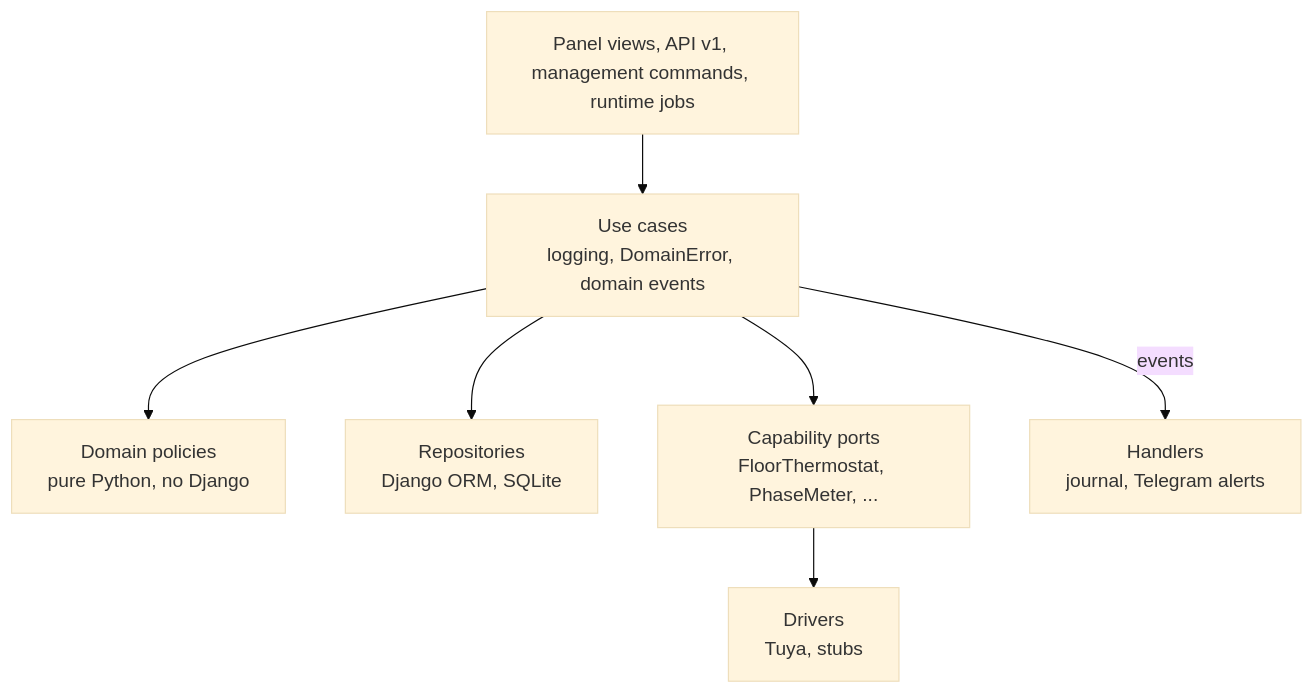
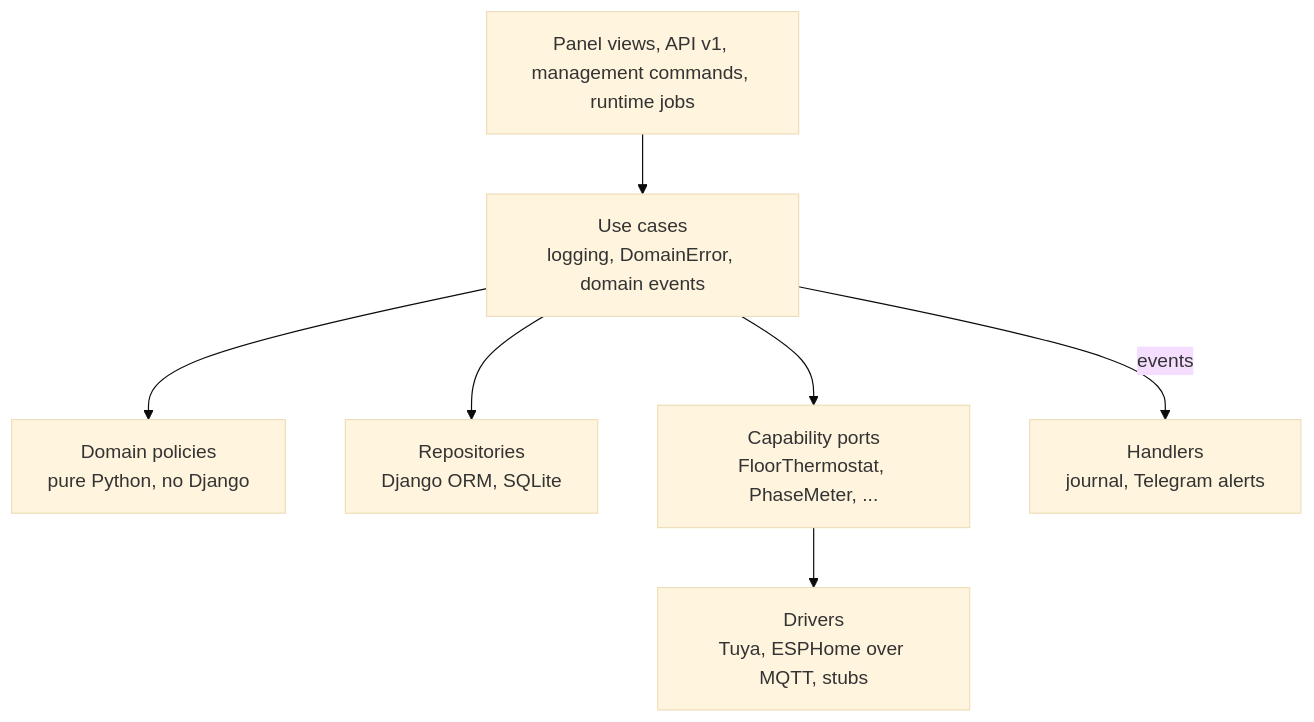
Before and after one commit to Barsoomx/teplo: the fourth of 4 diagrams in README.md, drawn with Mermaid (base theme). The commit also changed other lines of this file and 1 other file, not shown here.

````diff
--- a/README.md
+++ b/README.md
@@ -114,9 +119,9 @@
 ```mermaid
 flowchart TB
     entry["Panel views, API v1, management commands, runtime jobs"] --> usecases["Use cases<br/>logging, DomainError, domain events"]
     usecases --> domain["Domain policies<br/>pure Python, no Django"]
     usecases --> repositories["Repositories<br/>Django ORM, SQLite"]
     usecases --> ports["Capability ports<br/>FloorThermostat, PhaseMeter, ..."]
-    ports --> drivers["Drivers<br/>Tuya, stubs"]
+    ports --> drivers["Drivers<br/>Tuya, ESPHome over MQTT, stubs"]
     usecases -->|events| handlers["Handlers<br/>journal, Telegram alerts"]
 ```
````
